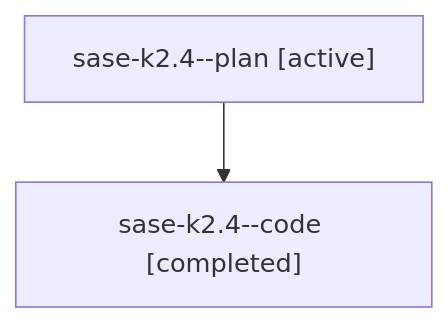
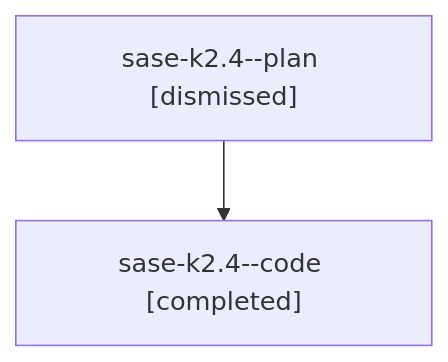
Before and after one commit to sase-org/sase--agents: the diagram in sessions/bbugyi200.athena.sase-k2.4.md, drawn with Mermaid. The commit also changed other lines of this file and 82 other files, not shown here.

````diff
--- a/sessions/bbugyi200.athena.sase-k2.4.md
+++ b/sessions/bbugyi200.athena.sase-k2.4.md
@@ -9,6 +9,6 @@
 ```mermaid
 flowchart TD
-  n0["sase-k2.4--plan [active]"]
+  n0["sase-k2.4--plan [dismissed]"]
   n1["sase-k2.4--code [completed]"]
   n0 --> n1
 ```
````
